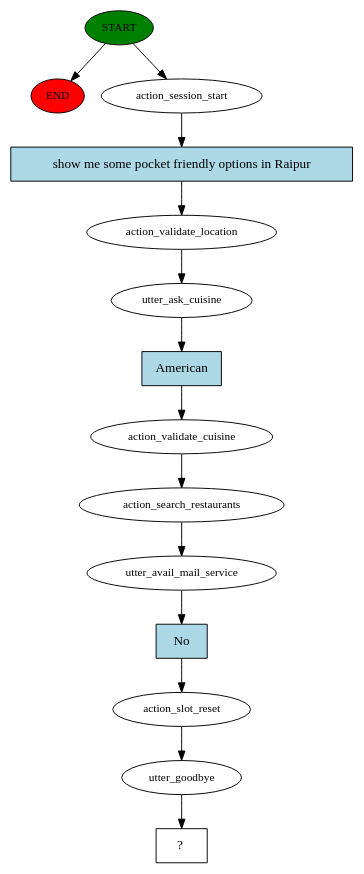
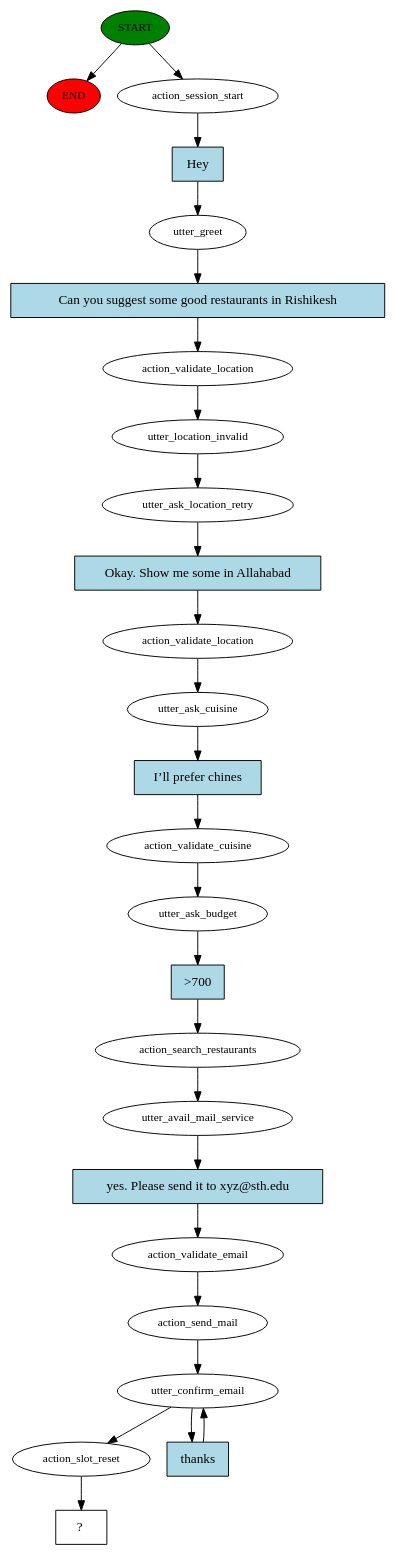
Before and after one commit to thegreatluka/zomato-bot: the diagram in story_graph.dot, drawn with Graphviz. The commit also changed 6 other files, not shown here.

```diff
--- a/story_graph.dot
+++ b/story_graph.dot
@@ -1,29 +1,52 @@
 digraph  {
 0 [class="start active", fillcolor=green, fontsize=12, label=START, style=filled];
 "-1" [class=end, fillcolor=red, fontsize=12, label=END, style=filled];
 1 [class=active, fontsize=12, label=action_session_start];
-2 [class=active, fontsize=12, label=action_validate_location];
-3 [class=active, fontsize=12, label=utter_ask_cuisine];
-4 [class=active, fontsize=12, label=action_validate_cuisine];
-5 [class=active, fontsize=12, label=action_search_restaurants];
-6 [class=active, fontsize=12, label=utter_avail_mail_service];
-7 [class=active, fontsize=12, label=action_slot_reset];
-8 [class=active, fontsize=12, label=utter_goodbye];
-9 [class="intent dashed active", label="  ?  ", shape=rect];
-10 [class="intent active", fillcolor=lightblue, label="show me some pocket friendly options in Raipur", shape=rect, style=filled];
-11 [class="intent active", fillcolor=lightblue, label=American, shape=rect, style=filled];
-12 [class="intent active", fillcolor=lightblue, label=No, shape=rect, style=filled];
+2 [class=active, fontsize=12, label=utter_greet];
+3 [class=active, fontsize=12, label=action_validate_location];
+4 [class=active, fontsize=12, label=utter_location_invalid];
+5 [class=active, fontsize=12, label=utter_ask_location_retry];
+6 [class=active, fontsize=12, label=action_validate_location];
+7 [class=active, fontsize=12, label=utter_ask_cuisine];
+8 [class=active, fontsize=12, label=action_validate_cuisine];
+9 [class=active, fontsize=12, label=utter_ask_budget];
+10 [class=active, fontsize=12, label=action_search_restaurants];
+11 [class=active, fontsize=12, label=utter_avail_mail_service];
+12 [class=active, fontsize=12, label=action_validate_email];
+13 [class=active, fontsize=12, label=action_send_mail];
+14 [class=active, fontsize=12, label=utter_confirm_email];
+16 [class=active, fontsize=12, label=action_slot_reset];
+17 [class="intent dashed active", label="  ?  ", shape=rect];
+18 [class="intent active", fillcolor=lightblue, label=Hey, shape=rect, style=filled];
+19 [class="intent active", fillcolor=lightblue, label="Can you suggest some good restaurants in Rishikesh", shape=rect, style=filled];
+20 [class="intent active", fillcolor=lightblue, label="Okay. Show me some in Allahabad", shape=rect, style=filled];
+21 [class="intent active", fillcolor=lightblue, label="I’ll prefer chines", shape=rect, style=filled];
+22 [class="intent active", fillcolor=lightblue, label=">700", shape=rect, style=filled];
+23 [class="intent active", fillcolor=lightblue, label="yes. Please send it to xyz@sth.edu", shape=rect, style=filled];
+24 [class="intent active", fillcolor=lightblue, label=thanks, shape=rect, style=filled];
 0 -> "-1"  [class="", key=NONE, label=""];
 0 -> 1  [class=active, key=NONE, label=""];
-1 -> 10  [class=active, key=0];
-2 -> 3  [class=active, key=NONE, label=""];
-3 -> 11  [class=active, key=0];
+1 -> 18  [class=active, key=0];
+2 -> 19  [class=active, key=0];
+3 -> 4  [class=active, key=NONE, label=""];
 4 -> 5  [class=active, key=NONE, label=""];
-5 -> 6  [class=active, key=NONE, label=""];
-6 -> 12  [class=active, key=0];
-7 -> 8  [class=active, key=NONE, label=""];
+5 -> 20  [class=active, key=0];
+6 -> 7  [class=active, key=NONE, label=""];
+7 -> 21  [class=active, key=0];
 8 -> 9  [class=active, key=NONE, label=""];
-10 -> 2  [class=active, key=0];
-11 -> 4  [class=active, key=0];
-12 -> 7  [class=active, key=0];
+9 -> 22  [class=active, key=0];
+10 -> 11  [class=active, key=NONE, label=""];
+11 -> 23  [class=active, key=0];
+12 -> 13  [class=active, key=NONE, label=""];
+13 -> 14  [class=active, key=NONE, label=""];
+14 -> 16  [class=active, key=NONE, label=""];
+14 -> 24  [class=active, key=0];
+16 -> 17  [class=active, key=NONE, label=""];
+18 -> 2  [class=active, key=0];
+19 -> 3  [class=active, key=0];
+20 -> 6  [class=active, key=0];
+21 -> 8  [class=active, key=0];
+22 -> 10  [class=active, key=0];
+23 -> 12  [class=active, key=0];
+24 -> 14  [class=active, key=0];
 }
```
